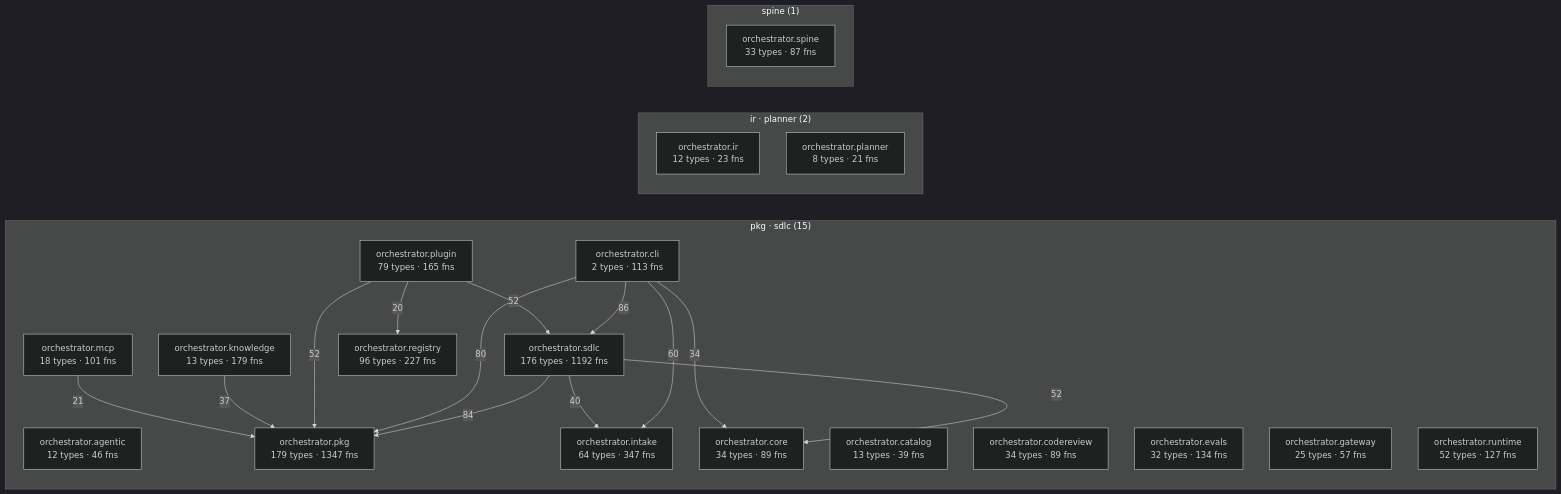
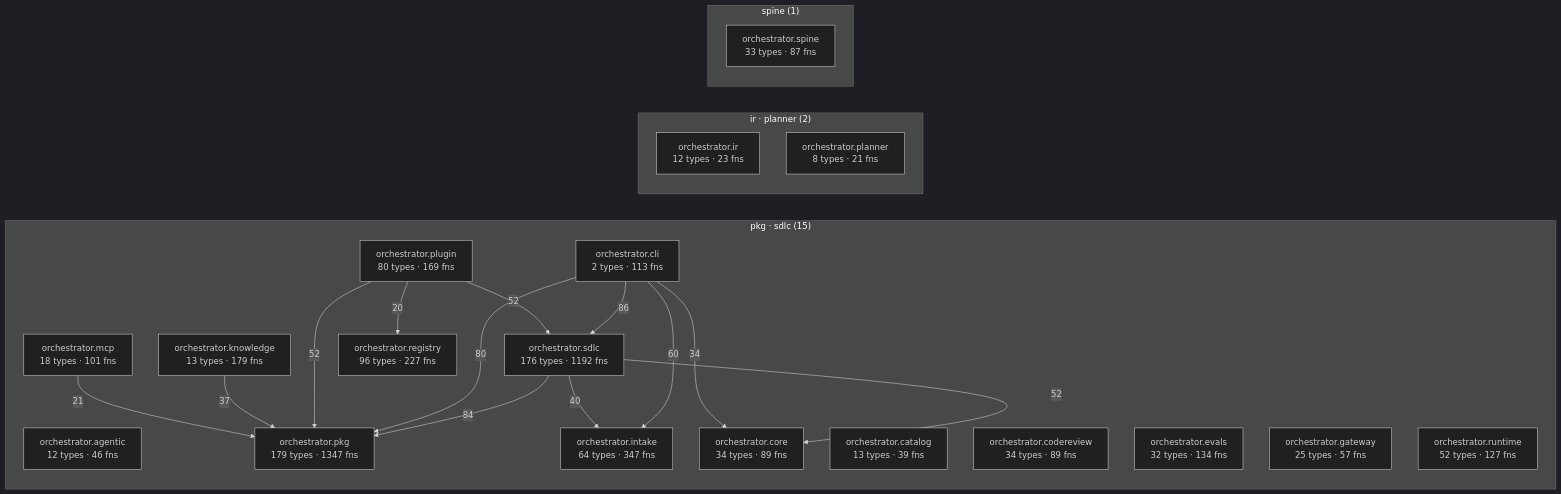
Before and after one commit to synaptixs/spine: the diagram in episteme/architecture.md, drawn with Mermaid (dark theme). The commit also changed other lines of this file and 16 other files, not shown here.

````diff
--- a/episteme/architecture.md
+++ b/episteme/architecture.md
@@ -56,39 +56,39 @@
 ```mermaid
 flowchart LR
   subgraph c_2["pkg · sdlc (15)"]
     aorchestratoragentic["orchestrator.agentic<br/>12 types · 46 fns"]
     aorchestratorcatalog["orchestrator.catalog<br/>13 types · 39 fns"]
     aorchestratorcli["orchestrator.cli<br/>2 types · 113 fns"]
     aorchestratorcodereview["orchestrator.codereview<br/>34 types · 89 fns"]
     aorchestratorcore["orchestrator.core<br/>34 types · 89 fns"]
     aorchestratorevals["orchestrator.evals<br/>32 types · 134 fns"]
     aorchestratorgateway["orchestrator.gateway<br/>25 types · 57 fns"]
     aorchestratorintake["orchestrator.intake<br/>64 types · 347 fns"]
     aorchestratorknowledge["orchestrator.knowledge<br/>13 types · 179 fns"]
     aorchestratormcp["orchestrator.mcp<br/>18 types · 101 fns"]
     aorchestratorpkg["orchestrator.pkg<br/>179 types · 1347 fns"]
-    aorchestratorplugin["orchestrator.plugin<br/>79 types · 165 fns"]
+    aorchestratorplugin["orchestrator.plugin<br/>80 types · 169 fns"]
     aorchestratorregistry["orchestrator.registry<br/>96 types · 227 fns"]
     aorchestratorruntime["orchestrator.runtime<br/>52 types · 127 fns"]
     aorchestratorsdlc["orchestrator.sdlc<br/>176 types · 1192 fns"]
   end
   subgraph c_5["ir · planner (2)"]
     aorchestratorir["orchestrator.ir<br/>12 types · 23 fns"]
     aorchestratorplanner["orchestrator.planner<br/>8 types · 21 fns"]
   end
   subgraph c_10["spine (1)"]
     aorchestratorspine["orchestrator.spine<br/>33 types · 87 fns"]
   end
   aorchestratorcli -->|86| aorchestratorsdlc
   aorchestratorsdlc -->|84| aorchestratorpkg
   aorchestratorcli -->|80| aorchestratorpkg
   aorchestratorcli -->|60| aorchestratorintake
   aorchestratorplugin -->|52| aorchestratorpkg
   aorchestratorplugin -->|52| aorchestratorsdlc
   aorchestratorsdlc -->|52| aorchestratorcore
   aorchestratorsdlc -->|40| aorchestratorintake
   aorchestratorknowledge -->|37| aorchestratorpkg
   aorchestratorcli -->|34| aorchestratorcore
   aorchestratormcp -->|21| aorchestratorpkg
   aorchestratorplugin -->|20| aorchestratorregistry
 ```
````
